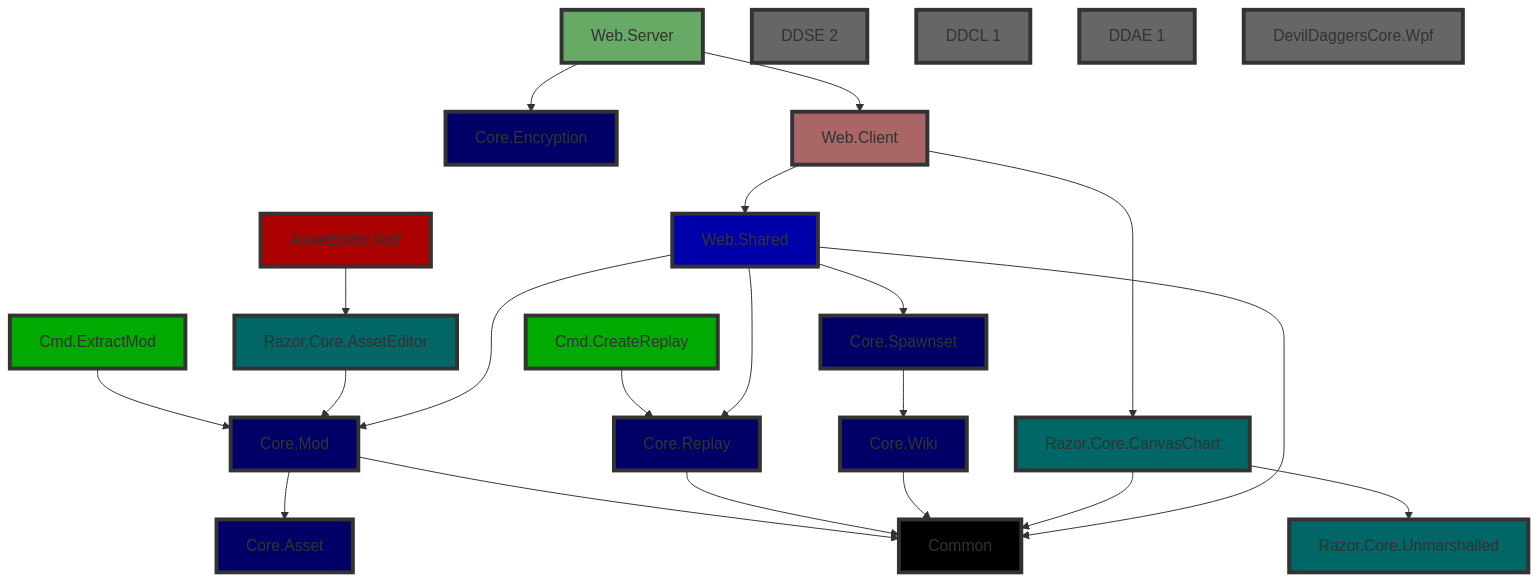
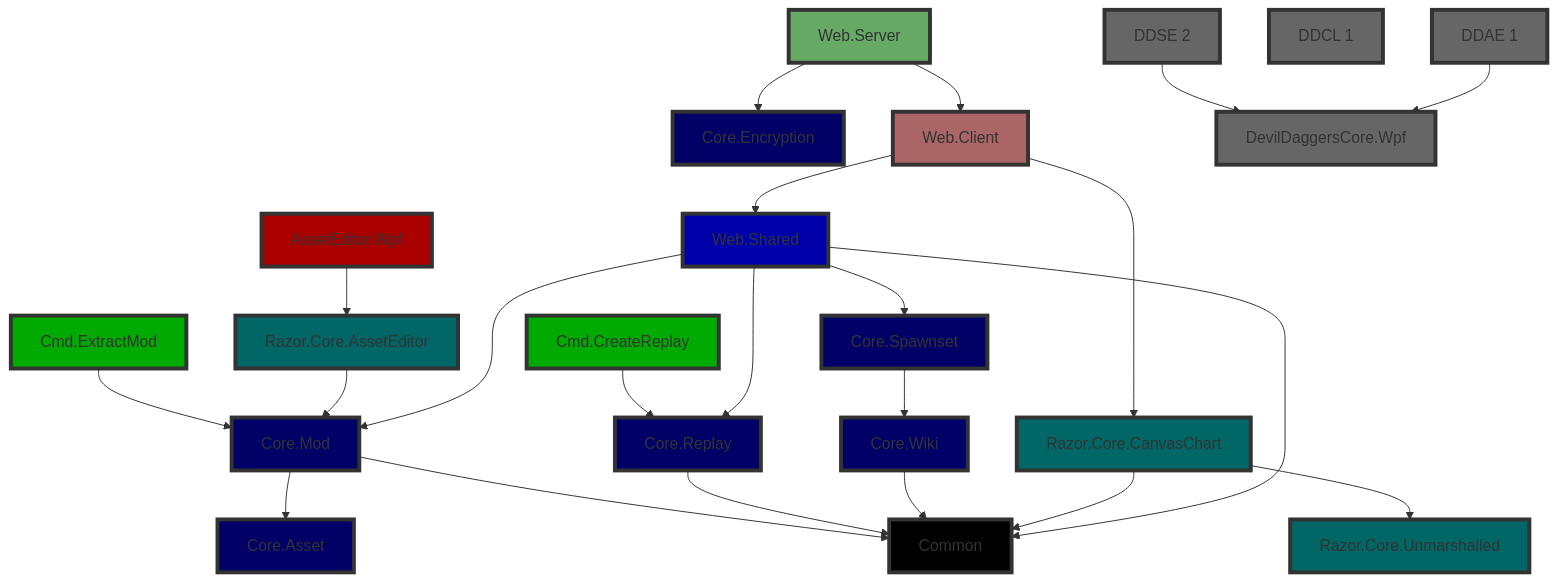
Before and after one commit to NoahStolk/ddinfo-web: the first of 2 diagrams in docs/architecture.md, drawn with Mermaid.

````diff
--- a/docs/architecture.md
+++ b/docs/architecture.md
@@ -98,4 +98,7 @@
 	class ddse_legacy,ddcl_legacy,ddae_legacy,ddcore_legacy legacy;
 
 	classDef legacy fill:#666,stroke:#333,stroke-width:4px;
+	
+	ddse_legacy --> ddcore_legacy
+	ddae_legacy --> ddcore_legacy
 ```
````
